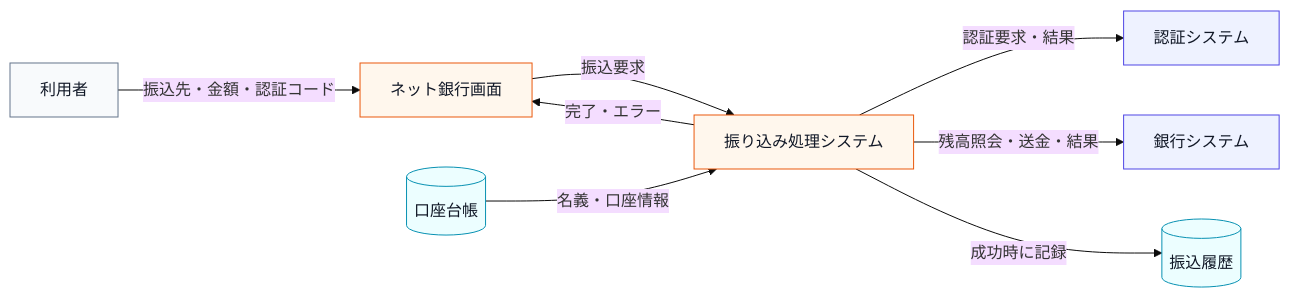
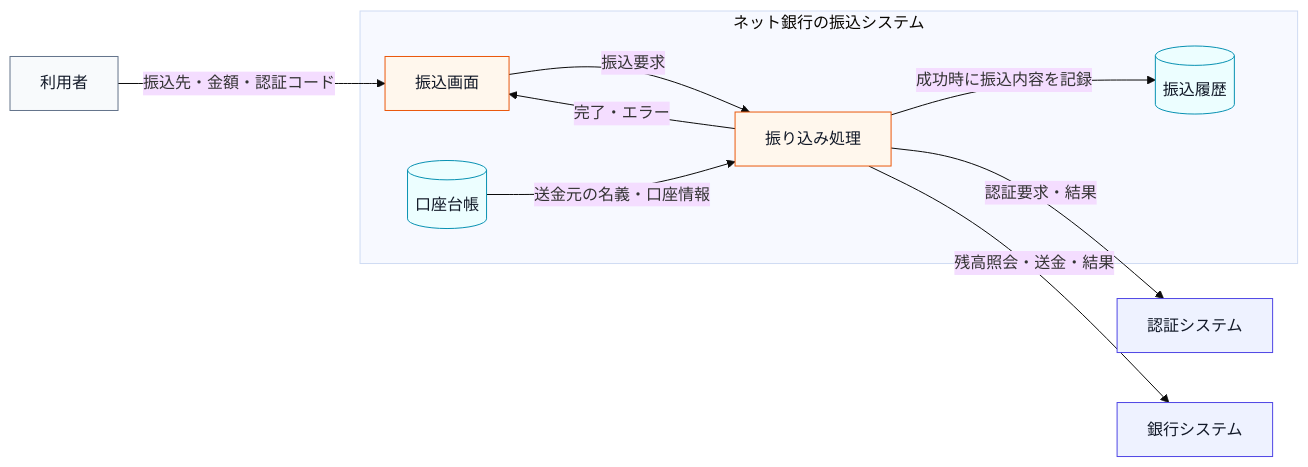
Before and after one commit to kumachan1101-pixel/DesignPattern: the first of 12 diagrams in kindle/design-patterns/output/chapter02.md, drawn with Mermaid (base theme). The commit also changed other lines of this file and 13 other files, not shown here.

````diff
--- a/kindle/design-patterns/output/chapter02.md
+++ b/kindle/design-patterns/output/chapter02.md
@@ -49,19 +51,27 @@
 ```mermaid
 flowchart LR
-    U["利用者"] -->|"振込先・金額・認証コード"| W["ネット銀行画面"]
-    W -->|"振込要求"| S["振り込み処理システム"]
-    A[("口座台帳")] -->|"名義・口座情報"| S
+    U["利用者"] -->|"振込先・金額・認証コード"| W
+
+    subgraph TRANSFER["ネット銀行の振込システム"]
+        W["振込画面"]
+        S["振り込み処理"]
+        A[("口座台帳")]
+        H[("振込履歴")]
+        W -->|"振込要求"| S
+        A -->|"送金元の名義・口座情報"| S
+        S -->|"成功時に振込内容を記録"| H
+    end
+
     S -->|"認証要求・結果"| O["認証システム"]
     S -->|"残高照会・送金・結果"| B["銀行システム"]
-    S -->|"成功時に記録"| H[("振込履歴")]
     S -->|"完了・エラー"| W
 
     classDef actor fill:#f8fafc,stroke:#64748b,color:#111827;
     classDef system fill:#fff7ed,stroke:#ea580c,color:#111827;
     classDef data fill:#ecfeff,stroke:#0891b2,color:#111827;
     classDef boundary fill:#eef2ff,stroke:#4f46e5,color:#111827;
     class U actor;
     class W,S system;
     class A,H data;
     class O,B boundary;
 ```
````
